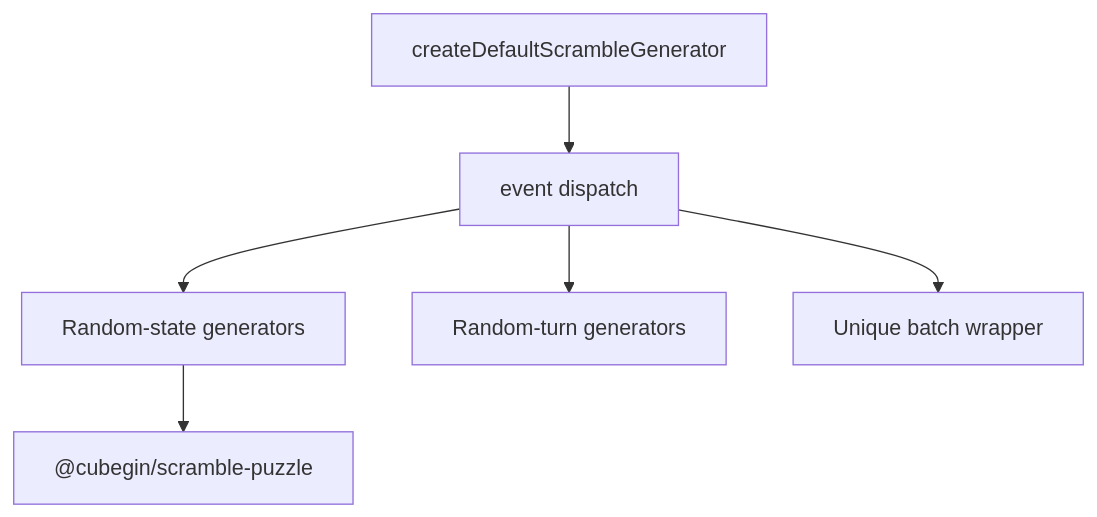
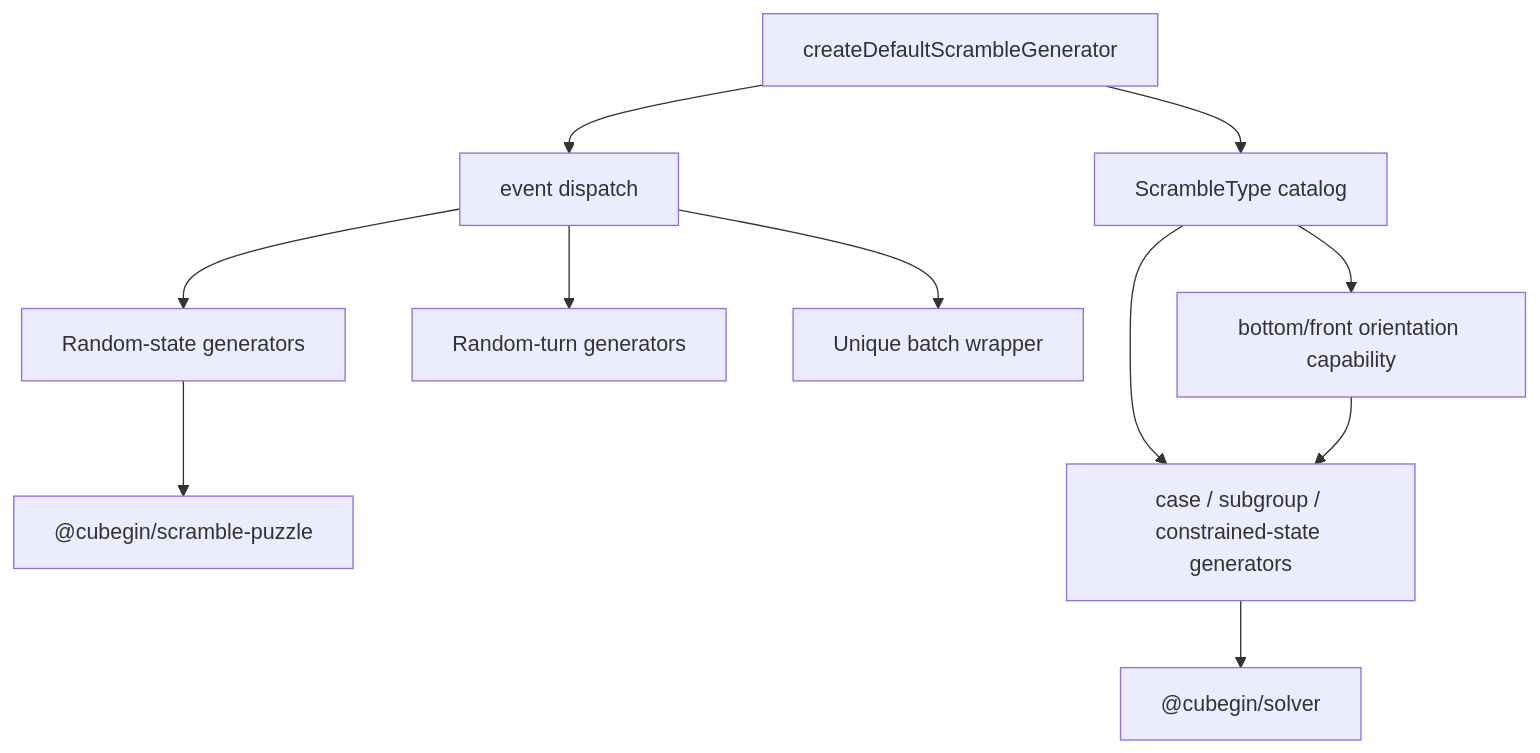
Before and after one commit to deweyou/cube-kit: the diagram in docs/packages/scramble-core/index.md, drawn with Mermaid. The commit also changed other lines of this file and 85 other files, not shown here.

First line of the commit message:
feat(scramble): add auxiliary training scramble system (#45)

````diff
--- a/docs/packages/scramble-core/index.md
+++ b/docs/packages/scramble-core/index.md
@@ -3,8 +3,13 @@
 ```mermaid
 flowchart TD
     Facade["createDefaultScrambleGenerator"] --> Dispatch["event dispatch"]
     Dispatch --> RandomState["Random-state generators"]
     Dispatch --> RandomTurns["Random-turn generators"]
     Dispatch --> Batch["Unique batch wrapper"]
+    Facade --> Catalog["ScrambleType catalog"]
+    Catalog --> Training["case / subgroup / constrained-state generators"]
+    Catalog --> Orientation["bottom/front orientation capability"]
+    Orientation --> Training
+    Training --> Solver["@cubegin/solver"]
     RandomState --> Puzzle["@cubegin/scramble-puzzle"]
 ```
````
